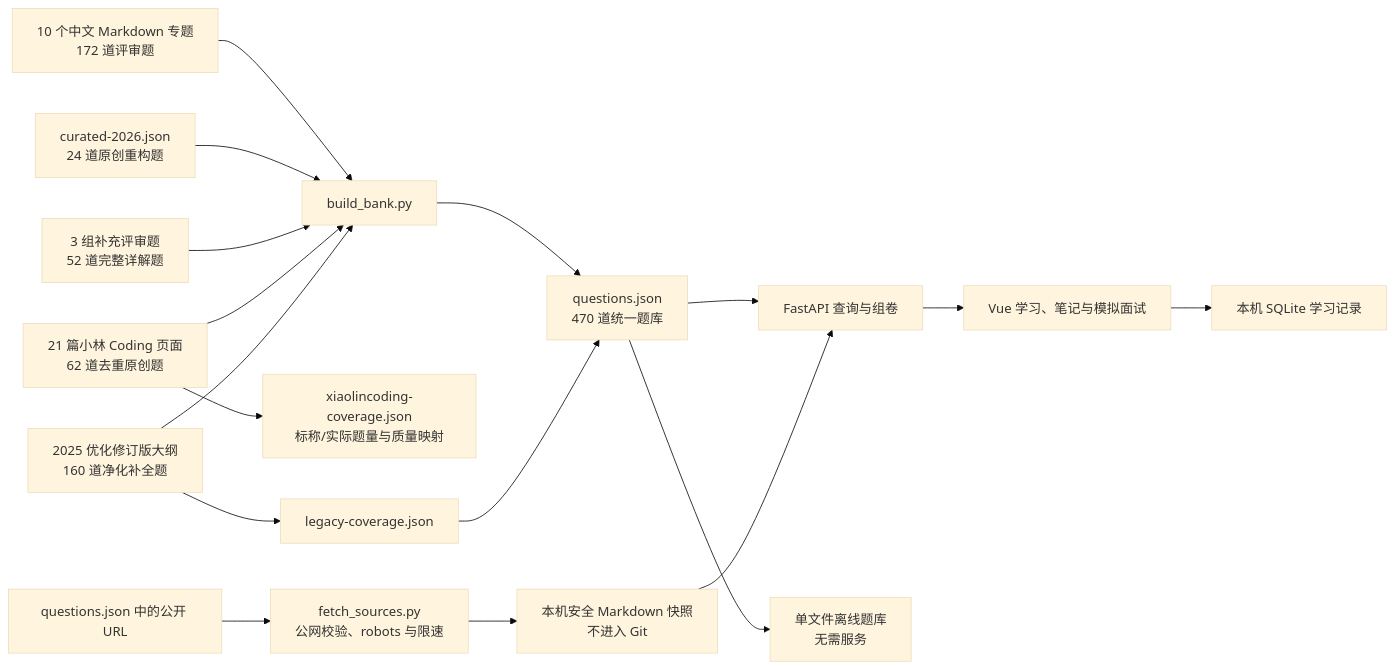
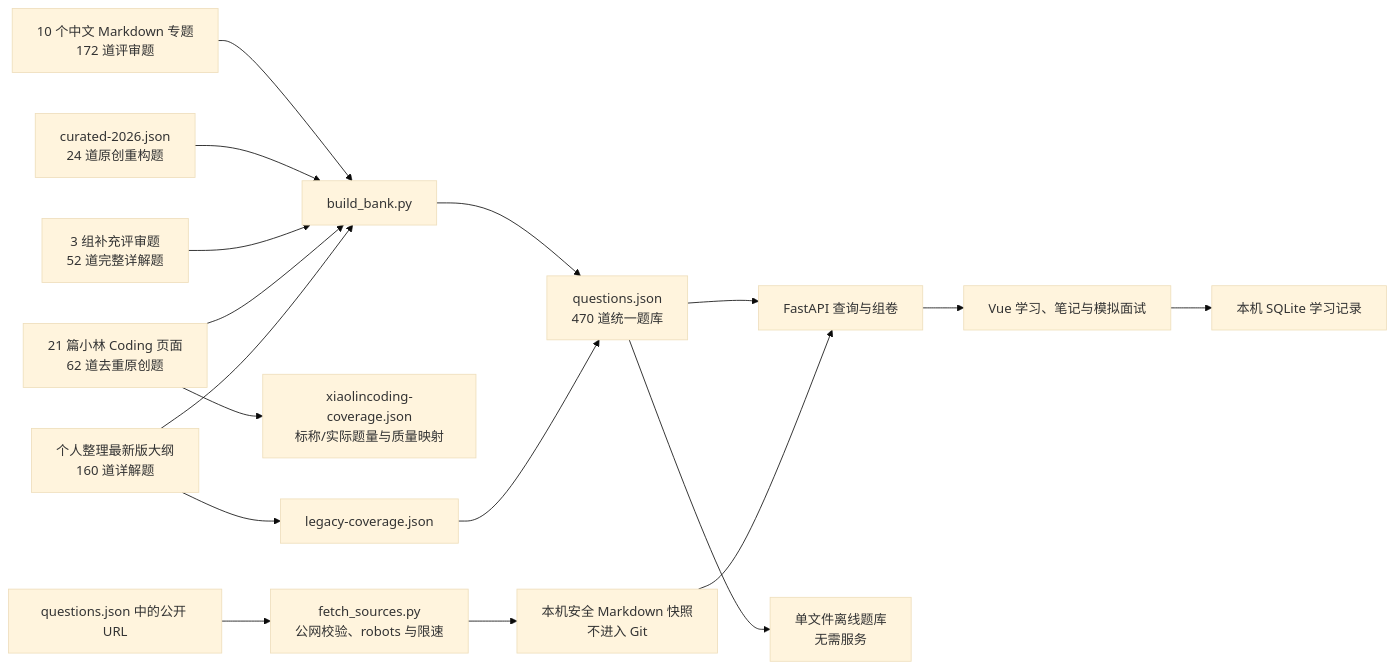
Before and after one commit to vieneny/software_testing: the diagram in apps/interview-bank/README.md, drawn with Mermaid (base theme). The commit also changed other lines of this file and 25 other files, not shown here.

````diff
--- a/apps/interview-bank/README.md
+++ b/apps/interview-bank/README.md
@@ -182,19 +181,19 @@
 ```mermaid
 flowchart LR
     A["10 个中文 Markdown 专题<br/>172 道评审题"] --> D["build_bank.py"]
     B["curated-2026.json<br/>24 道原创重构题"] --> D
     B2["3 组补充评审题<br/>52 道完整详解题"] --> D
     B3["21 篇小林 Coding 页面<br/>62 道去重原创题"] --> D
     B3 --> X["xiaolincoding-coverage.json<br/>标称/实际题量与质量映射"]
-    C["2025 优化修订版大纲<br/>160 道净化补全题"] --> D
+    C["个人整理最新版大纲<br/>160 道详解题"] --> D
     C --> E["legacy-coverage.json"]
     D --> F["questions.json<br/>470 道统一题库"]
     E --> F
     F --> G["FastAPI 查询与组卷"]
     S["questions.json 中的公开 URL"] --> CRAWL["fetch_sources.py<br/>公网校验、robots 与限速"]
     CRAWL --> CACHE["本机安全 Markdown 快照<br/>不进入 Git"]
     CACHE --> G
     G --> H["Vue 学习、笔记与模拟面试"]
     F --> OFFLINE["单文件离线题库<br/>无需服务"]
     H --> I["本机 SQLite 学习记录"]
 ```
````
